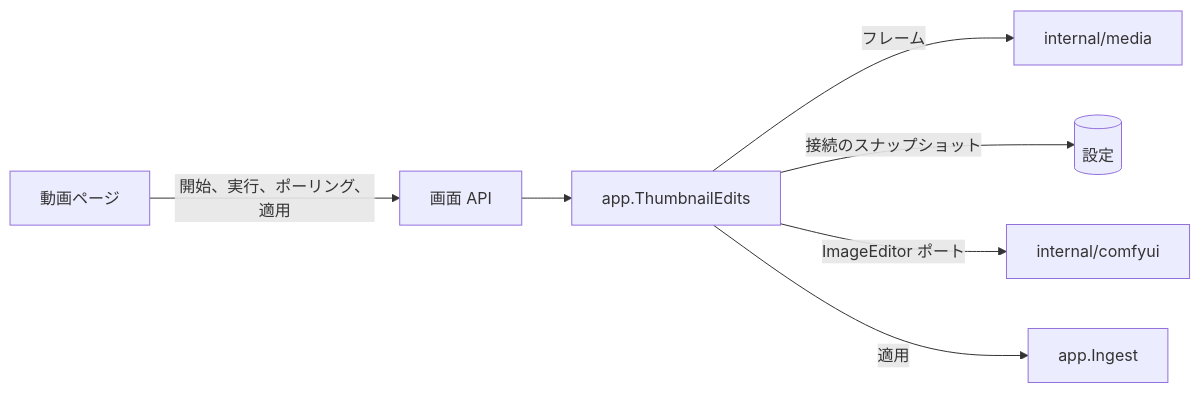
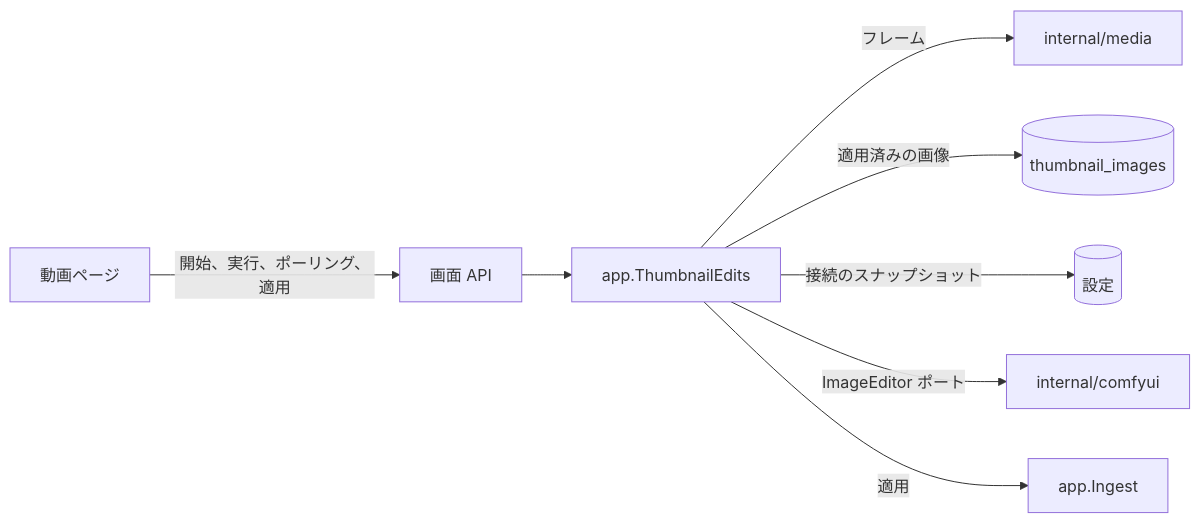
One commit to syudead/vv changed the first of 2 diagrams in translations/ja/docs/design-docs/thumbnail-editing.md. Above: the diagram before and after it, drawn with Mermaid. The commit also changed other lines of this file, not shown here.

First line of the commit message:
docs(ja): translate the thumbnail edit source section

````diff
--- a/translations/ja/docs/design-docs/thumbnail-editing.md
+++ b/translations/ja/docs/design-docs/thumbnail-editing.md
@@ -12,9 +12,10 @@
 ```mermaid
 flowchart LR
   page[動画ページ] -->|開始、実行、ポーリング、適用| api[画面 API]
   api --> edits[app.ThumbnailEdits]
   edits -->|フレーム| media[internal/media]
+  edits -->|適用済みの画像| images[(thumbnail_images)]
   edits -->|接続のスナップショット| settings[(設定)]
   edits -->|ImageEditor ポート| comfy[internal/comfyui]
   edits -->|適用| ingest[app.Ingest]
 ```
````
